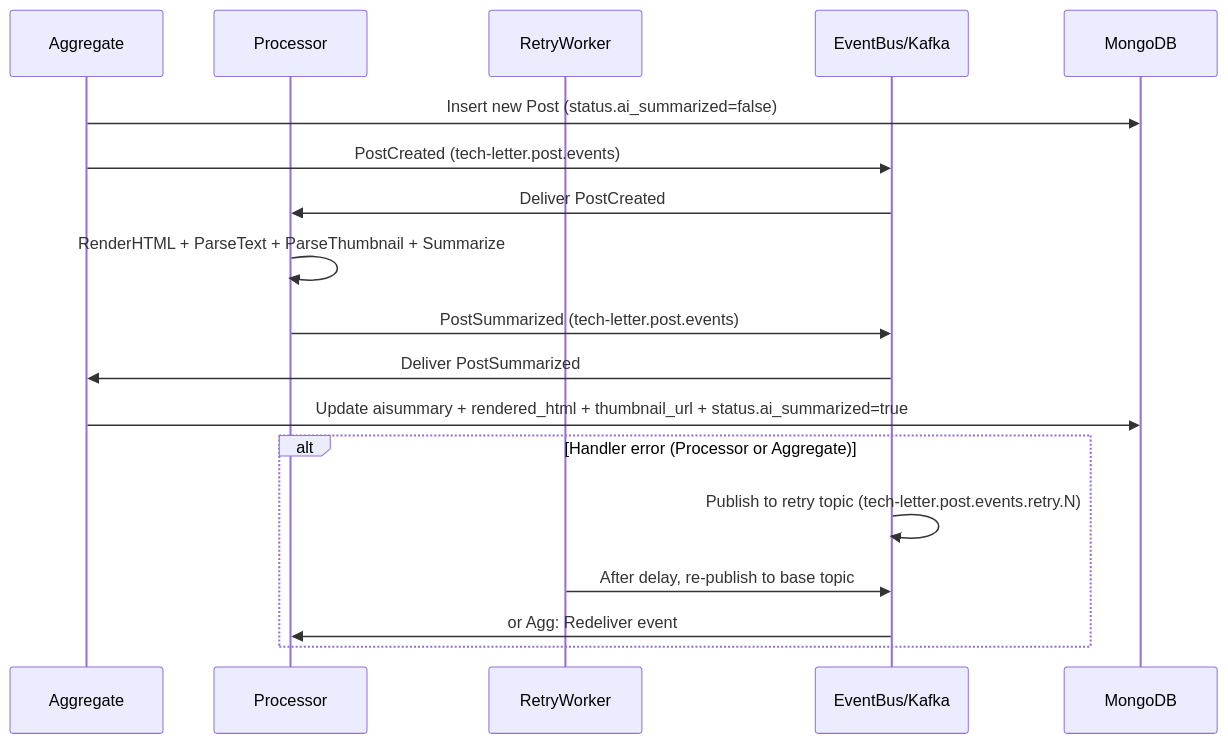
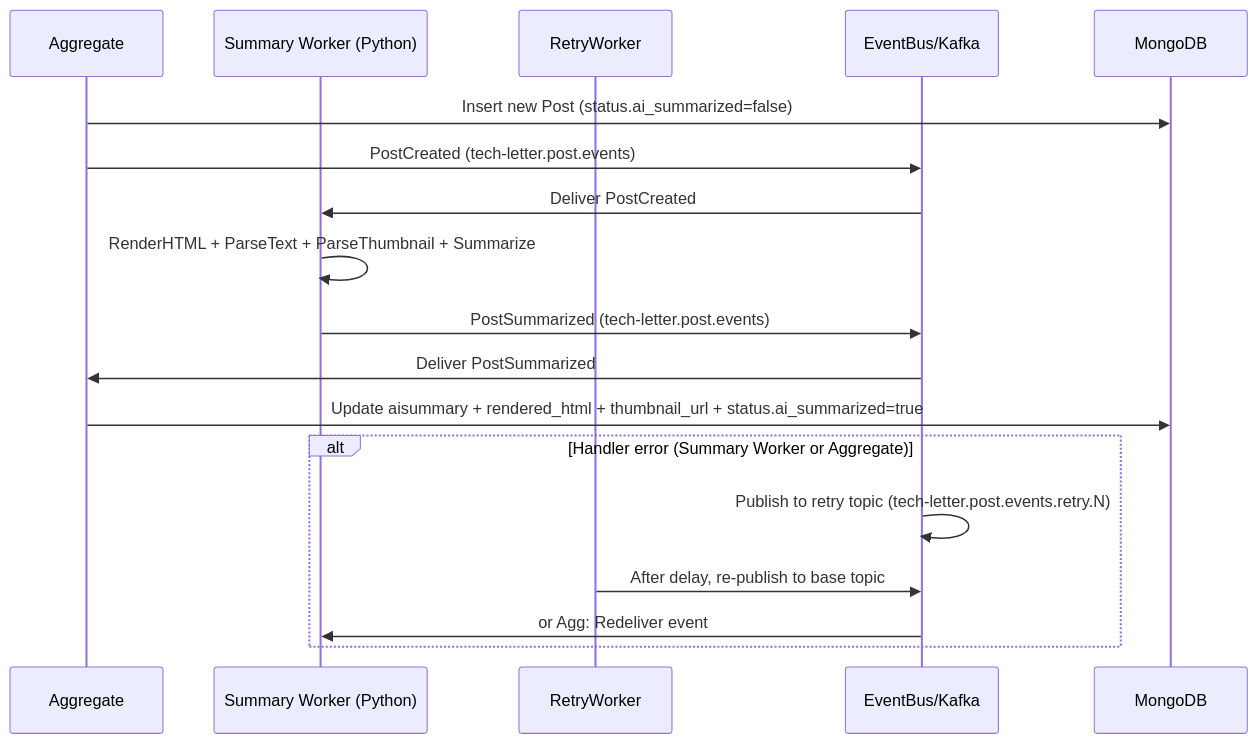
The second of 2 diagrams in README.md (TechLetter/tech-letter), drawn with Mermaid before and after one commit. The commit also changed other lines of this file and 19 other files, not shown here.

Commit message:
refactor: processor -> summary worker 완전 마이그레이션

````diff
--- a/README.md
+++ b/README.md
@@ -78,22 +78,22 @@
 ```mermaid
 sequenceDiagram
     participant Agg as Aggregate
-    participant Proc as Processor
+    participant SW as Summary Worker (Python)
     participant RW as RetryWorker
     participant EB as EventBus/Kafka
     participant DB as MongoDB
 
     Agg->>DB: Insert new Post (status.ai_summarized=false)
     Agg->>EB: PostCreated (tech-letter.post.events)
-    EB->>Proc: Deliver PostCreated
-    Proc->>Proc: RenderHTML + ParseText + ParseThumbnail + Summarize
-    Proc->>EB: PostSummarized (tech-letter.post.events)
+    EB->>SW: Deliver PostCreated
+    SW->>SW: RenderHTML + ParseText + ParseThumbnail + Summarize
+    SW->>EB: PostSummarized (tech-letter.post.events)
     EB->>Agg: Deliver PostSummarized
     Agg->>DB: Update aisummary + rendered_html + thumbnail_url + status.ai_summarized=true
 
-    alt Handler error (Processor or Aggregate)
+    alt Handler error (Summary Worker or Aggregate)
         EB->>EB: Publish to retry topic (tech-letter.post.events.retry.N)
         RW->>EB: After delay, re-publish to base topic
-        EB->>Proc: or Agg: Redeliver event
+        EB->>SW: or Agg: Redeliver event
     end
 ```
````
